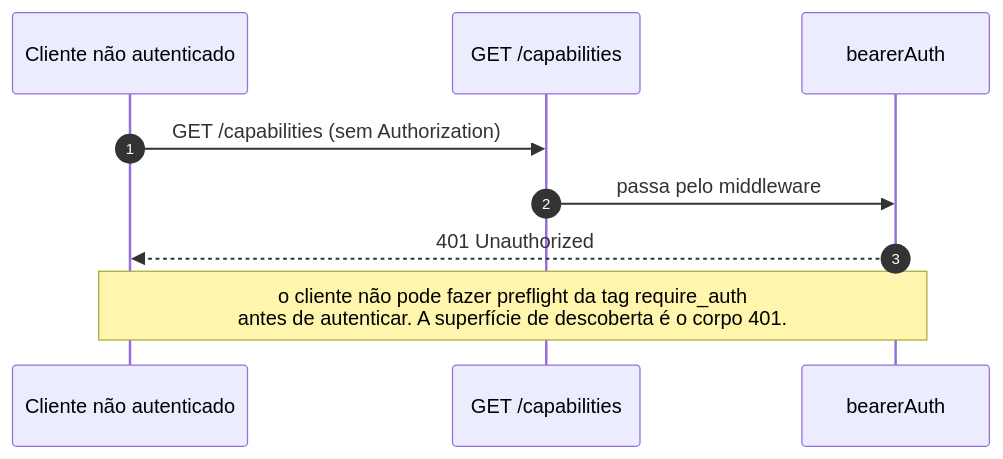
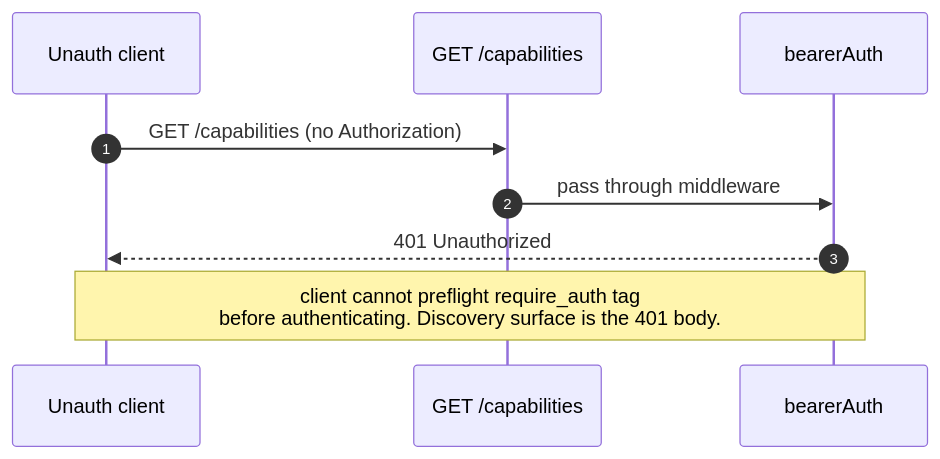
Before and after one commit to QwenLM/qwen-code-docs: the third of 4 diagrams in website/content/pt-BR/developers/daemon/12-auth-security.md, drawn with Mermaid. The commit also changed other lines of this file and 265 other files, not shown here.

````diff
--- a/website/content/pt-BR/developers/daemon/12-auth-security.md
+++ b/website/content/pt-BR/developers/daemon/12-auth-security.md
@@ -202,12 +205,12 @@
 ```mermaid
 sequenceDiagram
     autonumber
-    participant C as Cliente não autenticado
+    participant C as Unauth client
     participant CAPS as GET /capabilities
     participant BA as bearerAuth
 
-    C->>CAPS: GET /capabilities (sem Authorization)
-    CAPS->>BA: passa pelo middleware
+    C->>CAPS: GET /capabilities (no Authorization)
+    CAPS->>BA: pass through middleware
     BA-->>C: 401 Unauthorized
-    Note over C,BA: o cliente não pode fazer preflight da tag require_auth<br/>antes de autenticar. A superfície de descoberta é o corpo 401.
+    Note over C,BA: client cannot preflight require_auth tag<br/>before authenticating. Discovery surface is the 401 body.
 ```
````
